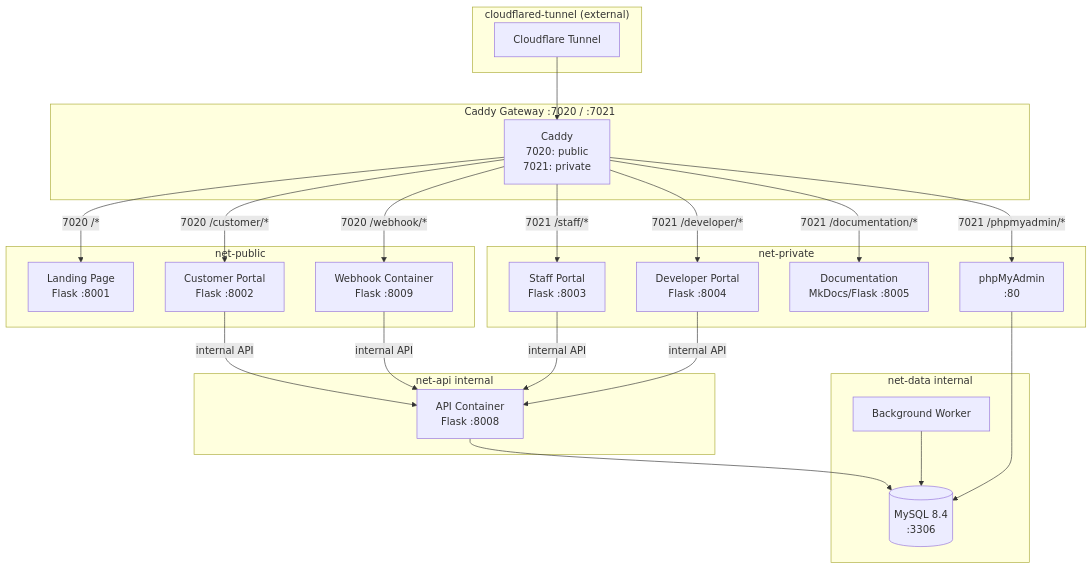
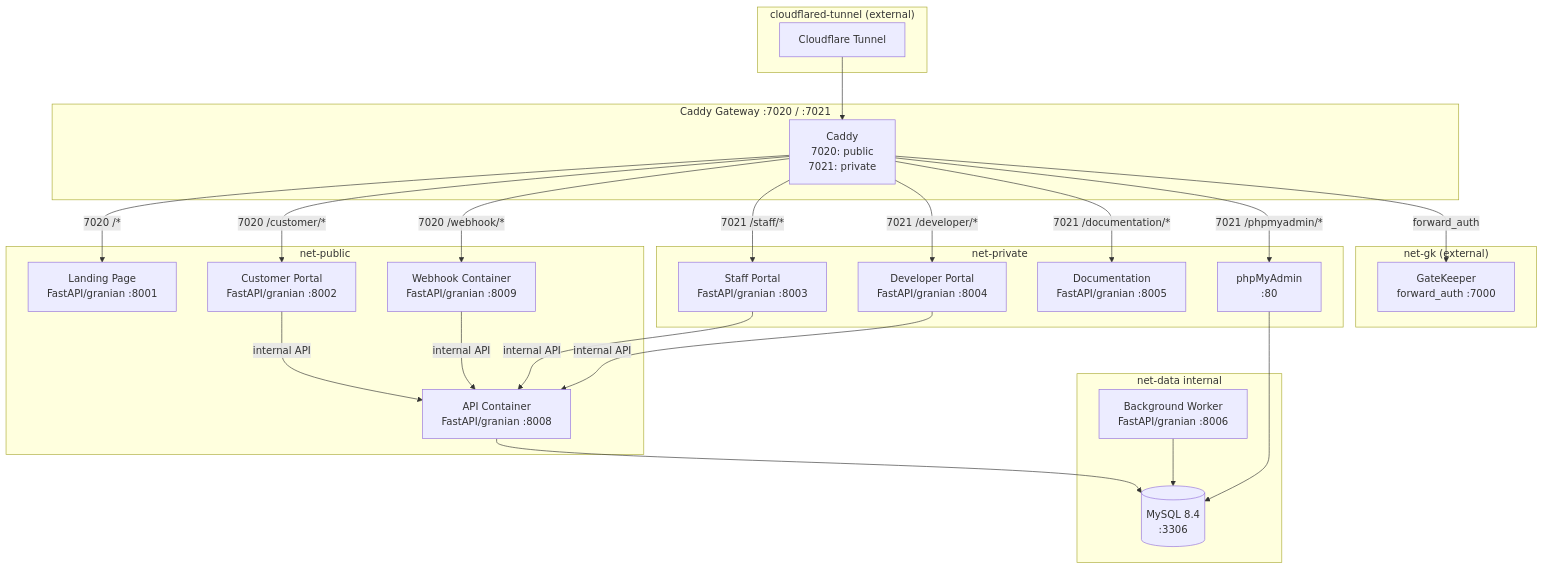
One commit to NovaProtocol/WaterBillingSystem changed the first of 2 diagrams in documentation/docs/index.md. Above: the diagram before and after it, drawn with Mermaid. The commit also changed other lines of this file and 11 other files, not shown here.

Commit message:
docs: rewrite documentation to match the FastAPI/async worker codebase

````diff
--- a/documentation/docs/index.md
+++ b/documentation/docs/index.md
@@ -27,51 +33,53 @@
 ```mermaid
 graph TB
     subgraph "net-public"
-        LAND["Landing Page<br/>Flask :8001"]
-        CP["Customer Portal<br/>Flask :8002"]
-        WH["Webhook Container<br/>Flask :8009"]
+        LAND["Landing Page<br/>FastAPI/granian :8001"]
+        CP["Customer Portal<br/>FastAPI/granian :8002"]
+        WH["Webhook Container<br/>FastAPI/granian :8009"]
+        API["API Container<br/>FastAPI/granian :8008"]
     end
 
     subgraph "net-private"
-        SP["Staff Portal<br/>Flask :8003"]
-        DP["Developer Portal<br/>Flask :8004"]
-        DOC["Documentation<br/>MkDocs/Flask :8005"]
+        SP["Staff Portal<br/>FastAPI/granian :8003"]
+        DP["Developer Portal<br/>FastAPI/granian :8004"]
+        DOC["Documentation<br/>FastAPI/granian :8005"]
         PMA["phpMyAdmin<br/>:80"]
-    end
-
-    subgraph "net-api internal"
-        API["API Container<br/>Flask :8008"]
     end
 
     subgraph "net-data internal"
         DB[("MySQL 8.4<br/>:3306")]
-        WORKER["Background Worker"]
+        WORKER["Background Worker<br/>FastAPI/granian :8006"]
+    end
+
+    subgraph "net-gk (external)"
+        GK["GateKeeper<br/>forward_auth :7000"]
     end
 
     subgraph "cloudflared-tunnel (external)"
         TUN["Cloudflare Tunnel"]
     end
 
     subgraph "Caddy Gateway :7020 / :7021"
         CAD["Caddy<br/>7020: public<br/>7021: private"]
     end
 
     CAD -->|"7020 /*"| LAND
     CAD -->|"7020 /customer/*"| CP
     CAD -->|"7020 /webhook/*"| WH
     CAD -->|"7021 /staff/*"| SP
     CAD -->|"7021 /developer/*"| DP
     CAD -->|"7021 /documentation/*"| DOC
     CAD -->|"7021 /phpmyadmin/*"| PMA
 
     CP -->|"internal API"| API
     SP -->|"internal API"| API
     DP -->|"internal API"| API
     WH -->|"internal API"| API
 
     API --> DB
     WORKER --> DB
     PMA --> DB
 
+    CAD -->|"forward_auth"| GK
     TUN --> CAD
 ```
````
